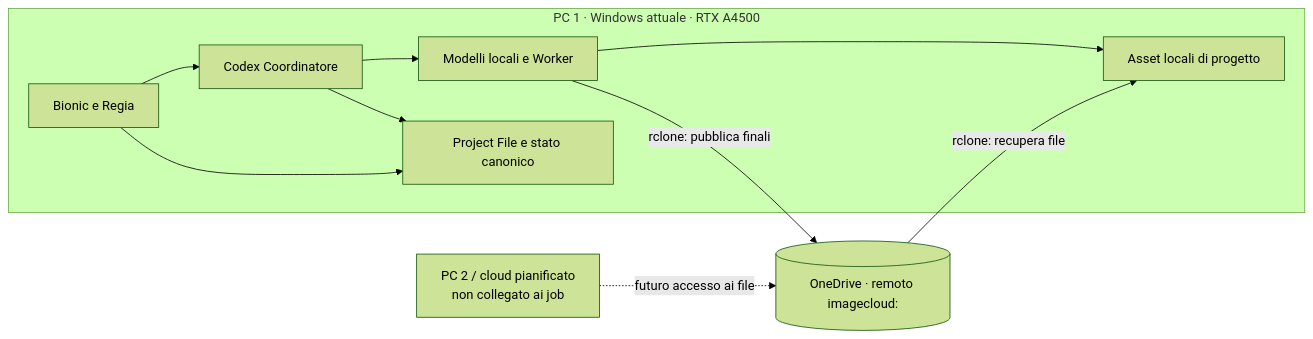
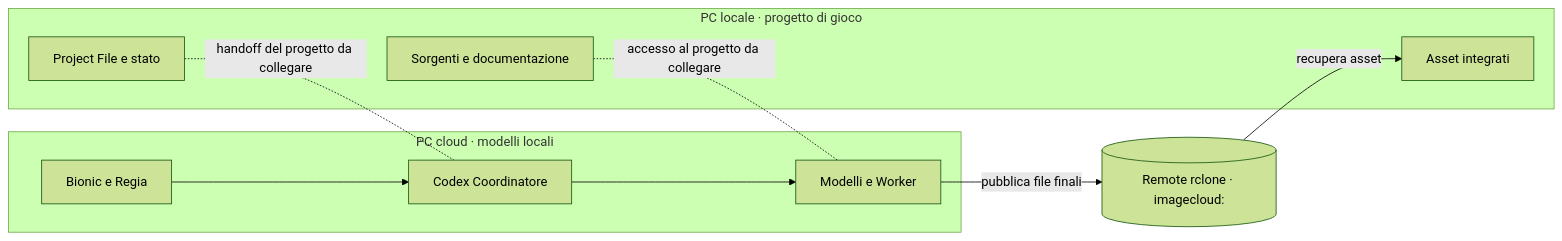
Before and after one commit to DRincs-Productions/LM-Studio: the eighth of 10 diagrams in README.md, drawn with Mermaid (forest theme). The commit also changed other lines of this file and 6 other files, not shown here.

Commit message:
docs: clarify local and cloud PC roles

````diff
--- a/README.md
+++ b/README.md
@@ -199,20 +201,20 @@
 ```mermaid
 flowchart LR
-    subgraph PC1[PC 1 · Windows attuale · RTX A4500]
+    subgraph LOCAL[PC locale · progetto di gioco]
+        GAME[Sorgenti e documentazione]
+        PF[Project File e stato]
+        AS[Asset integrati]
+    end
+    subgraph CLOUD[PC cloud · modelli locali]
         B[Bionic e Regia]
         C[Codex Coordinatore]
-        M[Modelli locali e Worker]
-        PF[Project File e stato canonico]
-        AS[Asset locali di progetto]
+        M[Modelli e Worker]
         B --> C
         C --> M
-        B --> PF
-        C --> PF
-        M --> AS
     end
-    OD[(OneDrive · remoto imagecloud:)]
-    PC2[PC 2 / cloud pianificato\nnon collegato ai job]
-    M -->|rclone: pubblica finali| OD
-    OD -->|rclone: recupera file| AS
-    PC2 -. futuro accesso ai file .-> OD
+    RCLONE[(Remote rclone · imagecloud:)]
+    M -->|pubblica file finali| RCLONE
+    RCLONE -->|recupera asset| AS
+    GAME -. accesso al progetto da collegare .- M
+    PF -. handoff del progetto da collegare .- C
 ```
````
